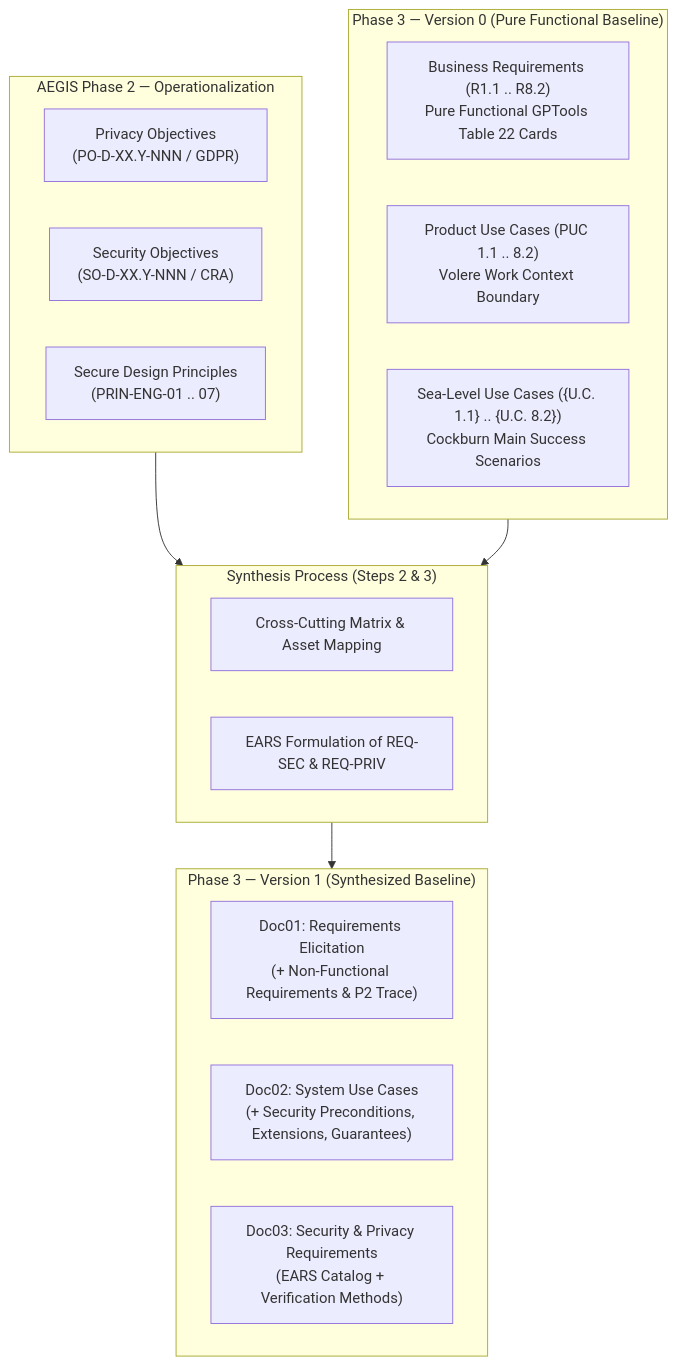
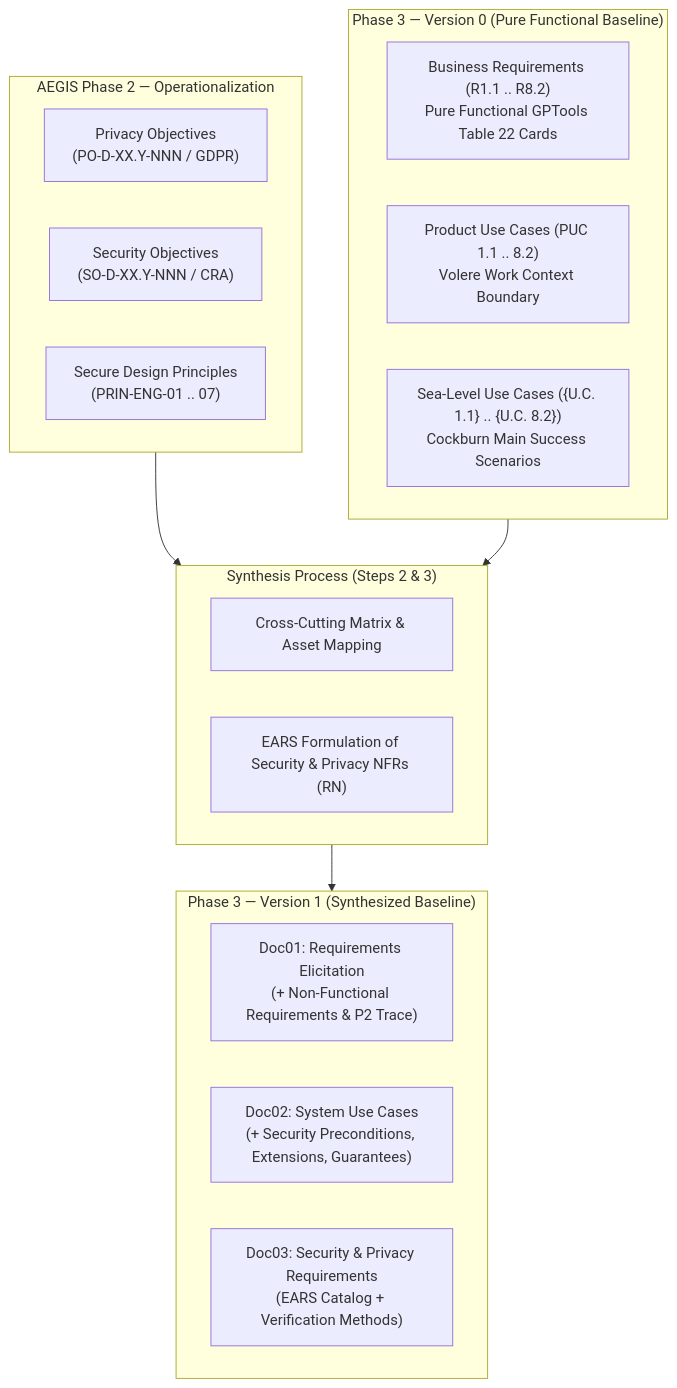
The diagram in cases/Case_01_TinyTask_SaaS/03_PHASE3_SPEC/PHASE3_PROCESS_AND_METHODOLOGY.md (pauloribeiro16/aegis-mvp), drawn with Mermaid before and after one commit. The commit also changed other lines of this file and 9 other files, not shown here.

First line of the commit message:
fix(phase3): re-ID security/privacy requirements to the canonical RN scheme (user rule)

````diff
--- a/cases/Case_01_TinyTask_SaaS/03_PHASE3_SPEC/PHASE3_PROCESS_AND_METHODOLOGY.md
+++ b/cases/Case_01_TinyTask_SaaS/03_PHASE3_SPEC/PHASE3_PROCESS_AND_METHODOLOGY.md
@@ -112,29 +112,29 @@
 ```mermaid
 flowchart TD
     subgraph P2["AEGIS Phase 2 — Operationalization"]
         PO["Privacy Objectives<br>(PO-D-XX.Y-NNN / GDPR)"]
         SO["Security Objectives<br>(SO-D-XX.Y-NNN / CRA)"]
         ENG["Secure Design Principles<br>(PRIN-ENG-01 .. 07)"]
     end
 
     subgraph P3_V0["Phase 3 — Version 0 (Pure Functional Baseline)"]
         R_V0["Business Requirements (R1.1 .. R8.2)<br>Pure Functional GPTools Table 22 Cards"]
         PUC_V0["Product Use Cases (PUC 1.1 .. 8.2)<br>Volere Work Context Boundary"]
         UC_V0["Sea-Level Use Cases ({U.C. 1.1} .. {U.C. 8.2})<br>Cockburn Main Success Scenarios"]
     end
 
     subgraph Synth["Synthesis Process (Steps 2 & 3)"]
         Matrix["Cross-Cutting Matrix & Asset Mapping"]
-        EARS["EARS Formulation of REQ-SEC & REQ-PRIV"]
+        EARS["EARS Formulation of Security & Privacy NFRs (RN)"]
     end
 
     subgraph P3_V1["Phase 3 — Version 1 (Synthesized Baseline)"]
         Doc01_V1["Doc01: Requirements Elicitation<br>(+ Non-Functional Requirements & P2 Trace)"]
         Doc02_V1["Doc02: System Use Cases<br>(+ Security Preconditions, Extensions, Guarantees)"]
         Doc03_V1["Doc03: Security & Privacy Requirements<br>(EARS Catalog + Verification Methods)"]
     end
 
     P2 --> Synth
     P3_V0 --> Synth
     Synth --> P3_V1
 ```
````
